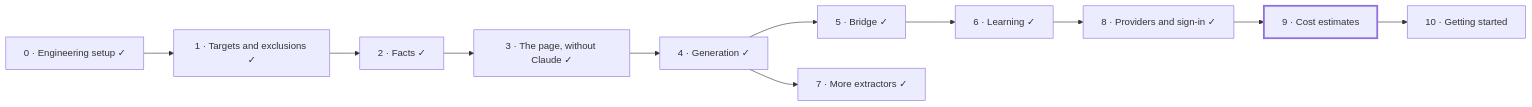
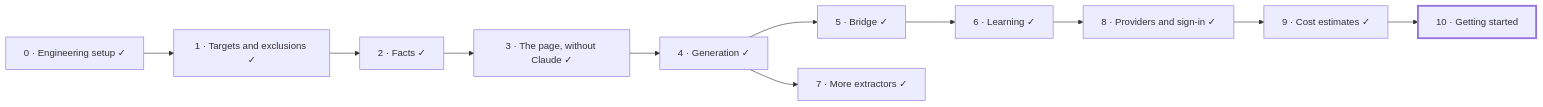
The sixth of 6 diagrams in README.md (mohamed-abdelsattar92/codetrail), drawn with Mermaid before and after one commit. The commit also changed other lines of this file and 24 other files, not shown here.

````diff
--- a/README.md
+++ b/README.md
@@ -236,14 +236,14 @@
 ```mermaid
 flowchart LR
     P0["0 · Engineering setup ✓"] --> P1["1 · Targets and exclusions ✓"]
     P1 --> P2["2 · Facts ✓"]
     P2 --> P3["3 · The page, without Claude ✓"]
     P3 --> P4["4 · Generation ✓"]
     P4 --> P5["5 · Bridge ✓"]
     P5 --> P6["6 · Learning ✓"]
     P4 --> P7["7 · More extractors ✓"]
     P6 --> P8["8 · Providers and sign-in ✓"]
-    P8 --> P9["9 · Cost estimates"]:::next
-    P9 --> P10["10 · Getting started"]
+    P8 --> P9["9 · Cost estimates ✓"]
+    P9 --> P10["10 · Getting started"]:::next
     classDef next stroke-width:3px
 ```
````
